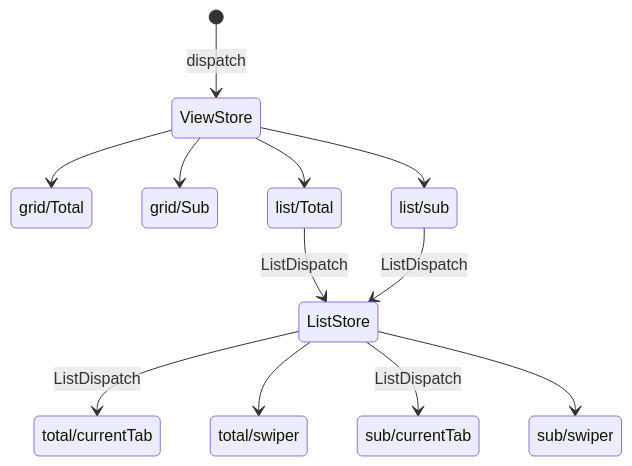
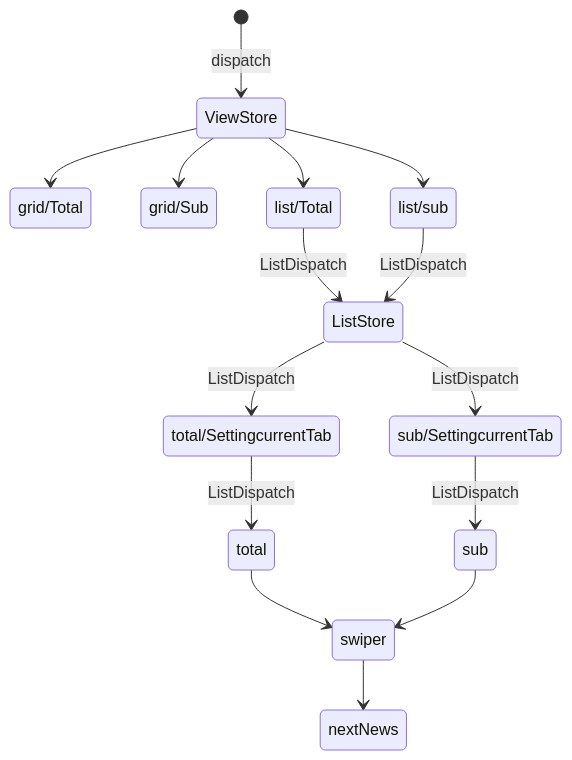
One commit to mi-hye/fe-newsstand changed the diagram in README.md. Above: the diagram before and after it, drawn with Mermaid. The commit also changed other lines of this file, not shown here.

Commit message:
docs: Update mermaid

````diff
--- a/README.md
+++ b/README.md
@@ -5,17 +5,20 @@
 ```mermaid
 stateDiagram-v2
 
     [*]-->ViewStore:dispatch
     ViewStore --> grid/Total
     ViewStore --> grid/Sub
     ViewStore --> list/Total
     ViewStore --> list/sub
 
     list/Total --> ListStore:ListDispatch
     list/sub --> ListStore:ListDispatch
-    ListStore --> total/currentTab:ListDispatch
-    ListStore --> total/swiper
-    ListStore --> sub/currentTab:ListDispatch
-    ListStore --> sub/swiper
+    ListStore --> total/SettingcurrentTab:ListDispatch
+    ListStore --> sub/SettingcurrentTab:ListDispatch
+    total/SettingcurrentTab --> total:ListDispatch
+    sub/SettingcurrentTab--> sub:ListDispatch
+    total --> swiper
+    sub -->swiper
+    swiper --> nextNews
 
 ```
````
